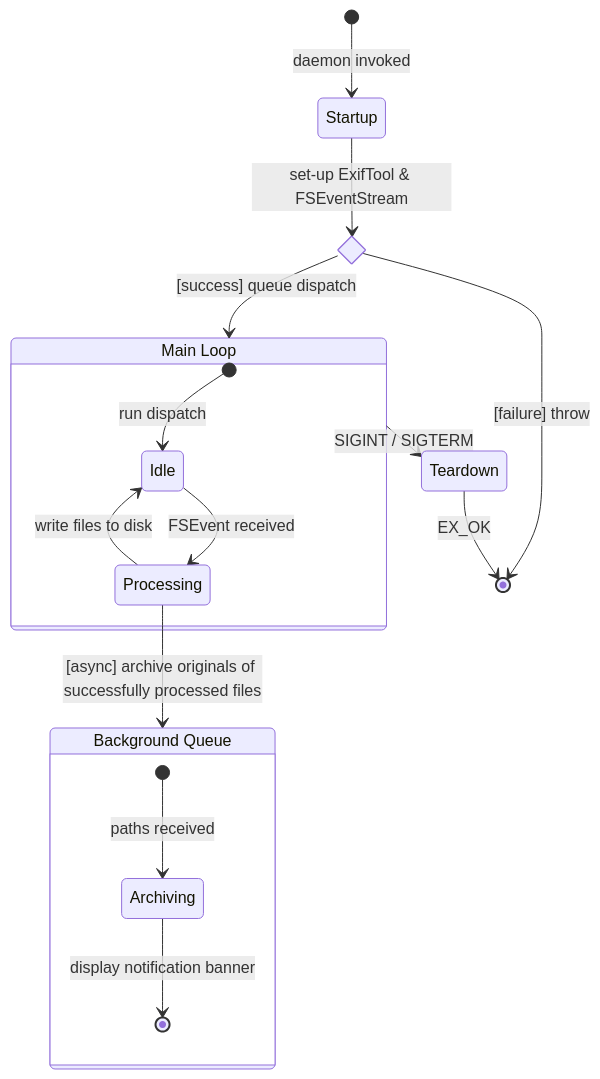
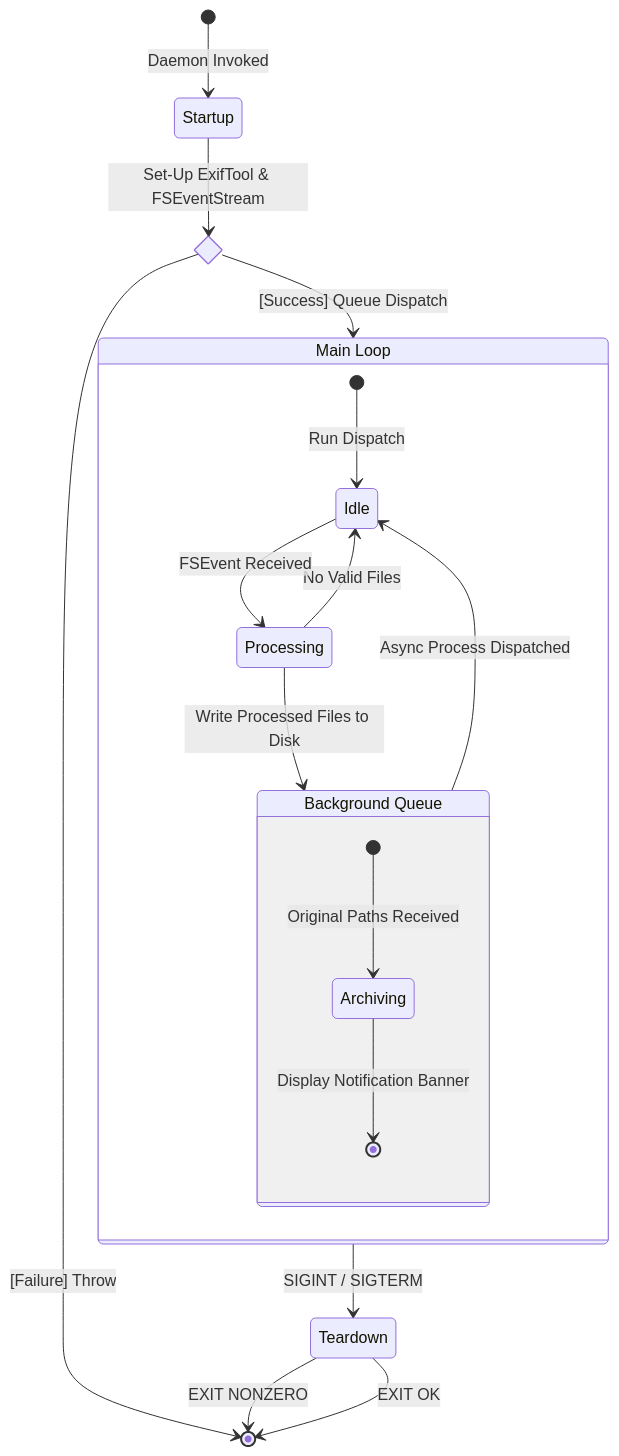
The first of 6 diagrams in Specification.md (CharlesMC11/sst), drawn with Mermaid before and after one commit. The commit also changed other lines of this file, not shown here.

Commit message:
Update charts

````diff
--- a/Specification.md
+++ b/Specification.md
@@ -112,25 +113,27 @@
 ```mermaid
 stateDiagram-v2
-  [*] --> Startup : daemon invoked
+  [*] --> Startup : Daemon Invoked
 
   state is_initialized <<choice>>
-  Startup --> is_initialized : set-up ExifTool & FSEventStream
-  is_initialized --> Loop : [success] queue dispatch
-  is_initialized --> [*] : [failure] throw
+  Startup --> is_initialized : Set-Up ExifTool & FSEventStream
+  is_initialized --> [*] : [Failure] Throw
+  is_initialized --> Loop : [Success] Queue Dispatch
 
   state "Main Loop" as Loop {
-    [*] --> Idle : run dispatch
-    Idle --> Processing : FSEvent received
-    Processing --> Idle : write files to disk
-  }
+    [*] --> Idle : Run Dispatch
+    Processing --> Idle : No Valid Files
+    Idle --> Processing : FSEvent Received
 
-  Processing --> BGQueue : [async] archive originals of successfully processed files
+    Processing --> Async : Write Processed Files to Disk
+    Async --> Idle : Async Process Dispatched
 
-  state "Background Queue" as BGQueue {
-    [*] --> Archiving: paths received
-    Archiving --> [*] : display notification banner
+    state "Background Queue" as Async {
+      [*] --> Archiving : Original Paths Received
+      Archiving --> [*] : Display Notification Banner
+    }
   }
 
   Loop --> Teardown : SIGINT / SIGTERM
-  Teardown --> [*] : EX_OK
+  Teardown --> [*] : EXIT NONZERO
+  Teardown --> [*] : EXIT OK
 ```
````
